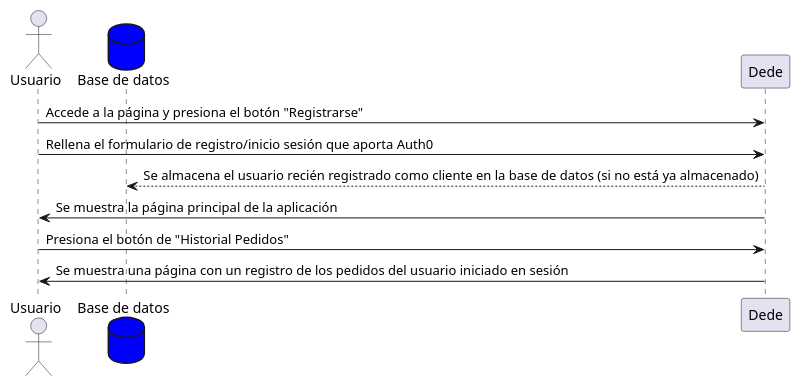
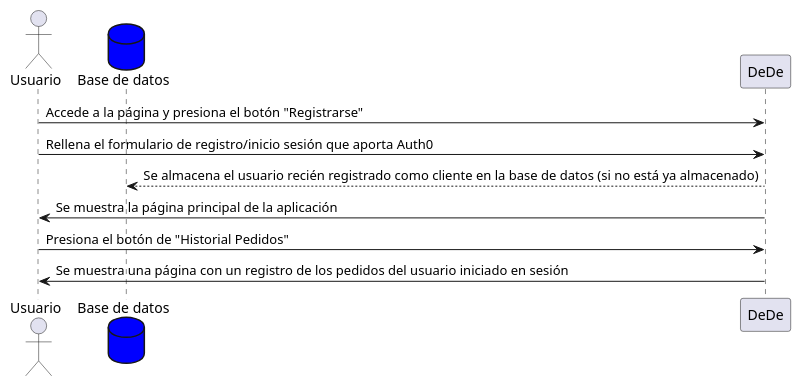
Before and after one commit to Arquisoft/dede_es2a: the eighth of 8 diagrams in docs/06_runtime_view.adoc, drawn with PlantUML. The commit also changed other lines of this file, not shown here.

Commit message:
Corregidos diagramas de secuencia

```diff
--- a/docs/06_runtime_view.adoc
+++ b/docs/06_runtime_view.adoc
@@ -145,11 +145,11 @@
 [plantuml,"HistóricoPedidos",png]
 ----
 actor Usuario
 database BaseDeDatos as "Base de datos" #blue
-Usuario -> Dede: Accede a la página y presiona el botón "Registrarse"
-Usuario -> Dede: Rellena el formulario de registro/inicio sesión que aporta Auth0
-Dede --> BaseDeDatos: Se almacena el usuario recién registrado como cliente en la base de datos (si no está ya almacenado)
-Usuario <- Dede: Se muestra la página principal de la aplicación
-Usuario -> Dede: Presiona el botón de "Historial Pedidos"
-Usuario <- Dede: Se muestra una página con un registro de los pedidos del usuario iniciado en sesión
+Usuario -> DeDe: Accede a la página y presiona el botón "Registrarse"
+Usuario -> DeDe: Rellena el formulario de registro/inicio sesión que aporta Auth0
+DeDe --> BaseDeDatos: Se almacena el usuario recién registrado como cliente en la base de datos (si no está ya almacenado)
+Usuario <- DeDe: Se muestra la página principal de la aplicación
+Usuario -> DeDe: Presiona el botón de "Historial Pedidos"
+Usuario <- DeDe: Se muestra una página con un registro de los pedidos del usuario iniciado en sesión
 ----
```
